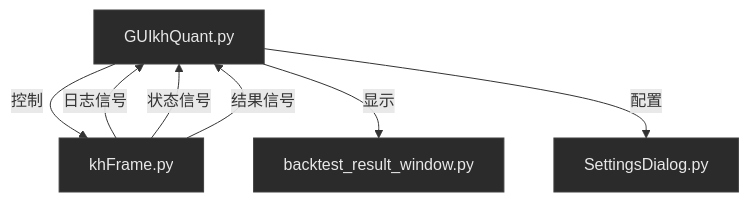
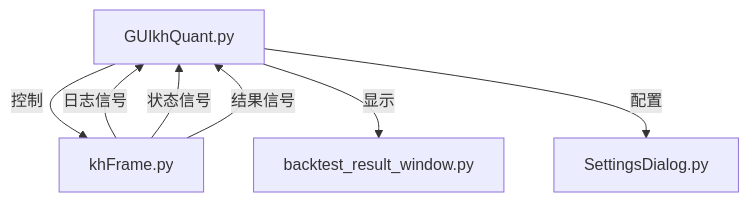
The first of 4 diagrams in .qoder/repowiki/zh/content/模块参考/GUI模块/GUI模块.md (afanty2021/OSkhQuant), drawn with Mermaid before and after one commit. The commit also changed other lines of this file and 3 other files, not shown here.

````diff
--- a/.qoder/repowiki/zh/content/模块参考/GUI模块/GUI模块.md
+++ b/.qoder/repowiki/zh/content/模块参考/GUI模块/GUI模块.md
@@ -49,13 +57,9 @@
 ```mermaid
 graph TD
 A[GUIkhQuant.py] --> |控制| B[khFrame.py]
 A --> |显示| C[backtest_result_window.py]
 A --> |配置| D[SettingsDialog.py]
 B --> |日志信号| A
 B --> |状态信号| A
 B --> |结果信号| A
-style A fill:#2b2b2b,stroke:#404040,color:#e8e8e8
-style B fill:#2b2b2b,stroke:#404040,color:#e8e8e8
-style C fill:#2b2b2b,stroke:#404040,color:#e8e8e8
-style D fill:#2b2b2b,stroke:#404040,color:#e8e8e8
 ```
````
